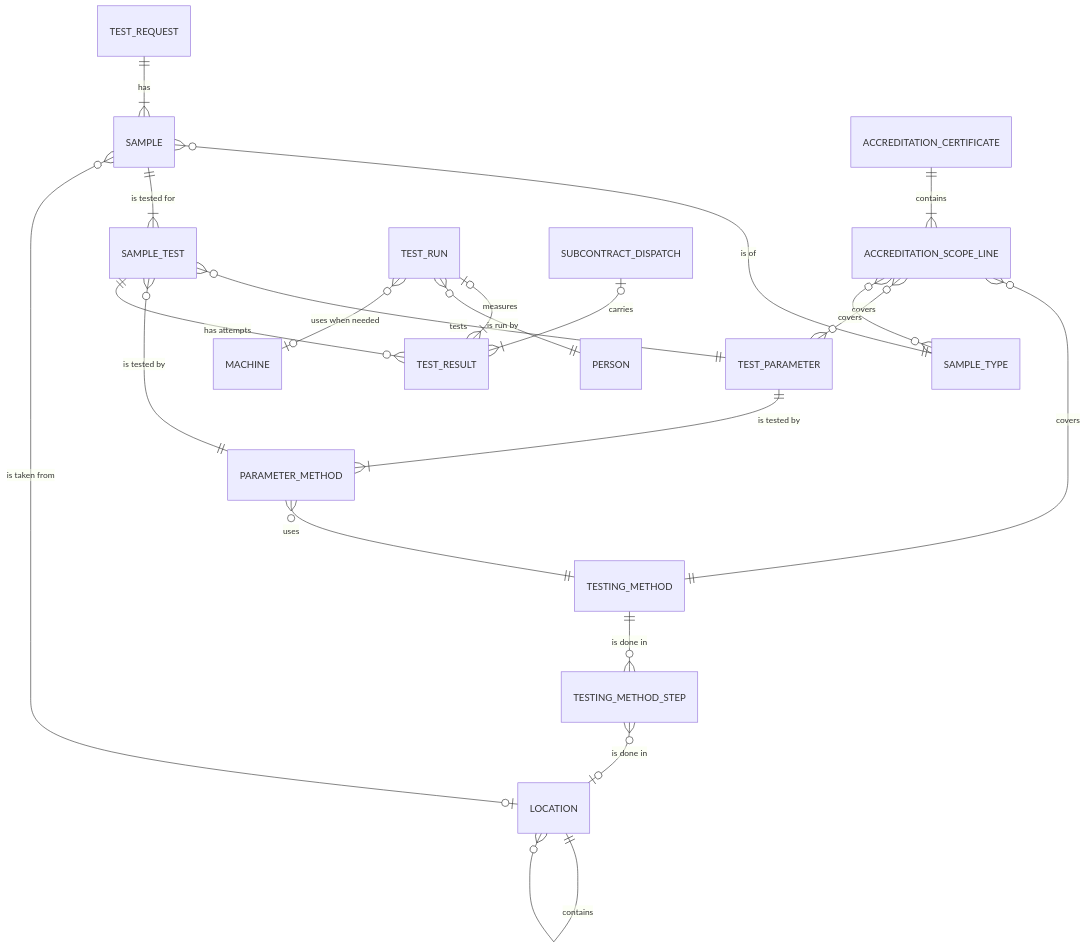
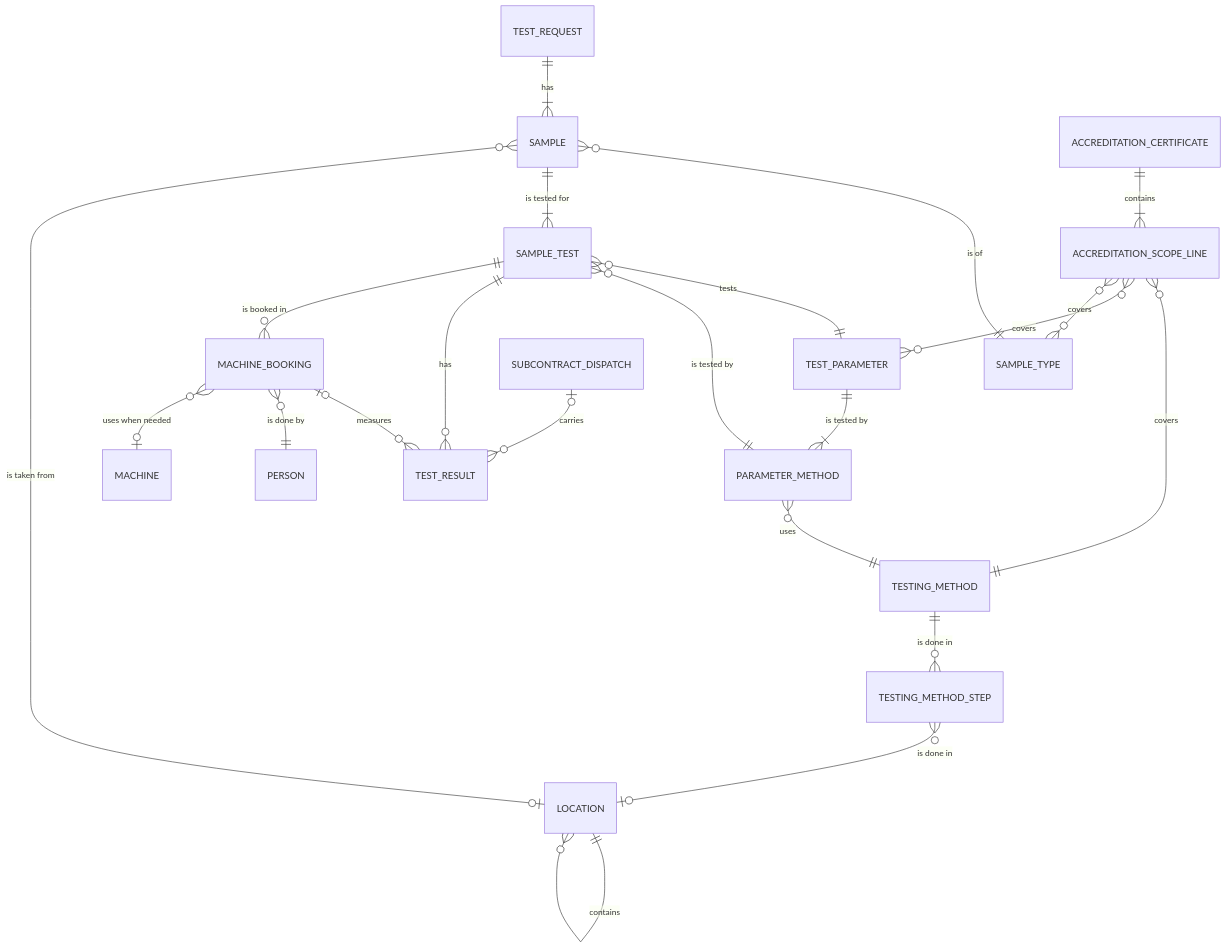
The first of 9 diagrams in docs/functional/laboratory_module/overview.md (SoltuneMontepre/medilab), drawn with Mermaid before and after one commit. The commit also changed other lines of this file and 27 other files, not shown here.

````diff
--- a/docs/functional/laboratory_module/overview.md
+++ b/docs/functional/laboratory_module/overview.md
@@ -14,23 +14,24 @@
 ```mermaid
 erDiagram
     TEST_REQUEST ||--|{ SAMPLE : has
     SAMPLE }o--|| SAMPLE_TYPE : "is of"
     SAMPLE ||--|{ SAMPLE_TEST : "is tested for"
     SAMPLE_TEST }o--|| TEST_PARAMETER : tests
     SAMPLE_TEST }o--|| PARAMETER_METHOD : "is tested by"
     TEST_PARAMETER ||--|{ PARAMETER_METHOD : "is tested by"
     PARAMETER_METHOD }o--|| TESTING_METHOD : uses
     TESTING_METHOD ||--o{ TESTING_METHOD_STEP : "is done in"
     LOCATION ||--o{ LOCATION : contains
     TESTING_METHOD_STEP }o--o| LOCATION : "is done in"
     SAMPLE }o--o| LOCATION : "is taken from"
     ACCREDITATION_CERTIFICATE ||--|{ ACCREDITATION_SCOPE_LINE : contains
     ACCREDITATION_SCOPE_LINE }o--|| TESTING_METHOD : covers
     ACCREDITATION_SCOPE_LINE }o--o{ TEST_PARAMETER : covers
     ACCREDITATION_SCOPE_LINE }o--o{ SAMPLE_TYPE : covers
-    SAMPLE_TEST ||--o{ TEST_RESULT : "has attempts"
-    TEST_RUN o|--|{ TEST_RESULT : measures
-    SUBCONTRACT_DISPATCH o|--|{ TEST_RESULT : carries
-    TEST_RUN }o--|| PERSON : "is run by"
-    TEST_RUN }o--o| MACHINE : "uses when needed"
+    SAMPLE_TEST ||--o{ TEST_RESULT : has
+    SAMPLE_TEST ||--o{ MACHINE_BOOKING : "is booked in"
+    MACHINE_BOOKING o|--o{ TEST_RESULT : measures
+    SUBCONTRACT_DISPATCH o|--o{ TEST_RESULT : carries
+    MACHINE_BOOKING }o--|| PERSON : "is done by"
+    MACHINE_BOOKING }o--o| MACHINE : "uses when needed"
 ```
````
